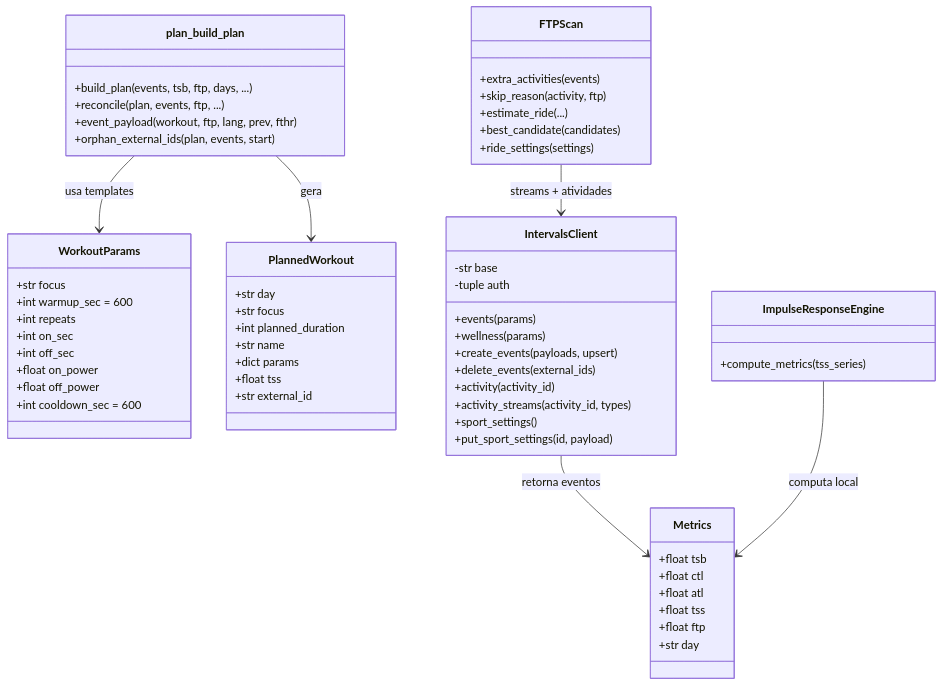
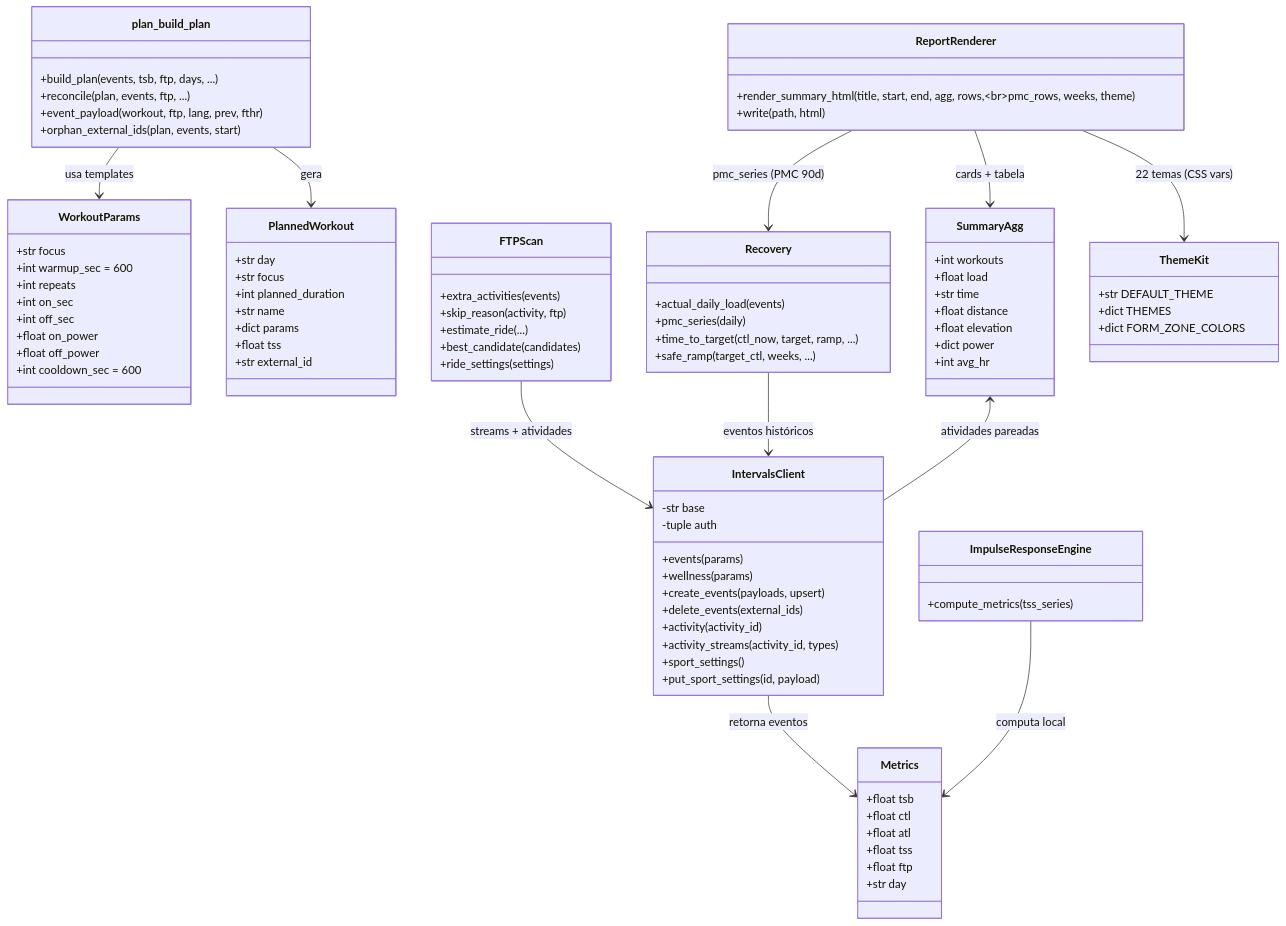
One commit to valdelin/Hermes-coach changed the fourth of 6 diagrams in docs/DIAGRAMAS.md. Above: the diagram before and after it, drawn with Mermaid. The commit also changed other lines of this file and 9 other files, not shown here.

Commit message:
docs: diagramas e decks atualizados para v0.0.23 (cores zona da forma/22 temas)

````diff
--- a/docs/DIAGRAMAS.md
+++ b/docs/DIAGRAMAS.md
@@ -188,10 +212,39 @@
         +best_candidate(candidates)
         +ride_settings(settings)
     }
+    class Recovery {
+        +actual_daily_load(events)
+        +pmc_series(daily)
+        +time_to_target(ctl_now, target, ramp, ...)
+        +safe_ramp(target_ctl, weeks, ...)
+    }
+    class SummaryAgg {
+        +int workouts
+        +float load
+        +str time
+        +float distance
+        +float elevation
+        +dict power
+        +int avg_hr
+    }
+    class ReportRenderer {
+        +render_summary_html(title, start, end, agg, rows,<br/>pmc_rows, weeks, theme)
+        +write(path, html)
+    }
+    class ThemeKit {
+        +str DEFAULT_THEME
+        +dict THEMES
+        +dict FORM_ZONE_COLORS
+    }
 
     IntervalsClient --> Metrics : retorna eventos
     plan_build_plan --> PlannedWorkout : gera
     plan_build_plan --> WorkoutParams : usa templates
     ImpulseResponseEngine --> Metrics : computa local
     FTPScan --> IntervalsClient : streams + atividades
+    Recovery --> IntervalsClient : eventos históricos
+    SummaryAgg <-- IntervalsClient : atividades pareadas
+    ReportRenderer --> ThemeKit : 22 temas (CSS vars)
+    ReportRenderer --> SummaryAgg : cards + tabela
+    ReportRenderer --> Recovery : pmc_series (PMC 90d)
 ```
````
